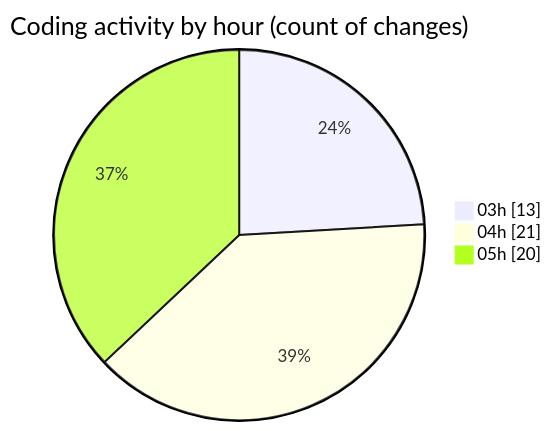
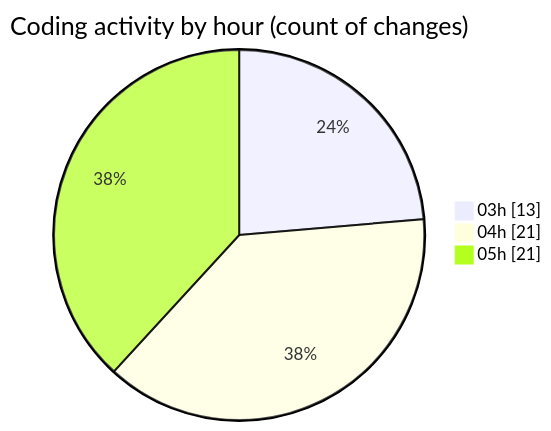
Before and after one commit to shibass792/code-tracking: the second of 2 diagrams in 2026-07-15/shibass-ai/README.md, drawn with Mermaid. The commit also changed other lines of this file and 1 other file, not shown here.

````diff
--- a/2026-07-15/shibass-ai/README.md
+++ b/2026-07-15/shibass-ai/README.md
@@ -41,7 +42,7 @@
 ```mermaid
 pie showData
 title Coding activity by hour (count of changes)
 "03h" : 13
 "04h" : 21
-"05h" : 20
+"05h" : 21
 ```
````
